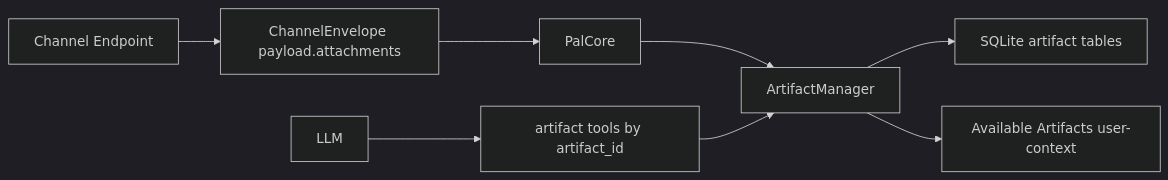
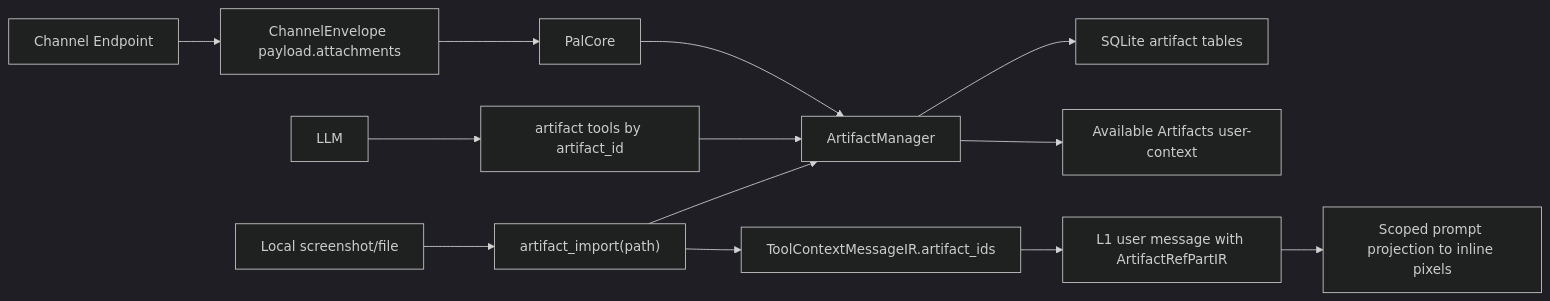
Before and after one commit to OtakuNathan/Pal: the diagram in docs/artifact_manager.md, drawn with Mermaid (dark theme). The commit also changed other lines of this file and 17 other files, not shown here.

Commit message:
Add self-maintenance skill and local image artifact import

````diff
--- a/docs/artifact_manager.md
+++ b/docs/artifact_manager.md
@@ -24,10 +23,15 @@
 ```mermaid
 flowchart LR
     CH["Channel Endpoint"] --> CE["ChannelEnvelope payload.attachments"]
     CE --> CORE["PalCore"]
     CORE --> AM["ArtifactManager"]
     AM --> DB["SQLite artifact tables"]
     AM --> PROMPT["Available Artifacts user-context"]
     LLM["LLM"] --> TOOLS["artifact tools by artifact_id"]
     TOOLS --> AM
+    LOCAL["Local screenshot/file"] --> IMPORT["artifact_import(path)"]
+    IMPORT --> AM
+    IMPORT --> REF["ToolContextMessageIR.artifact_ids"]
+    REF --> L1["L1 user message with ArtifactRefPartIR"]
+    L1 --> PIXELS["Scoped prompt projection to inline pixels"]
 ```
````
